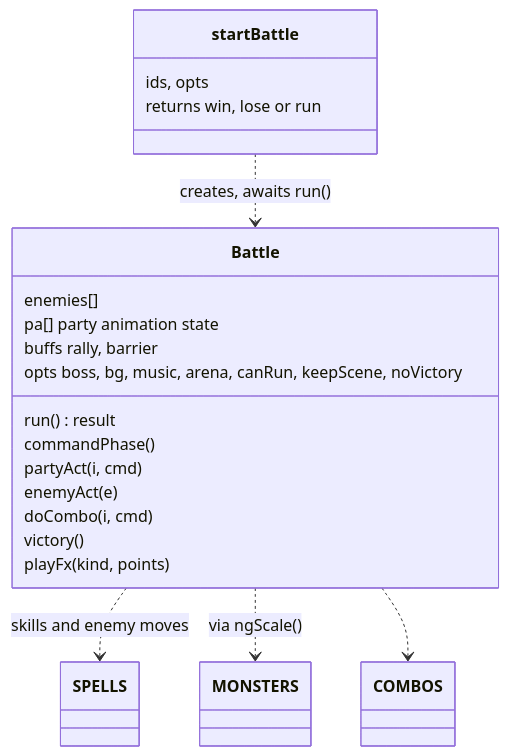
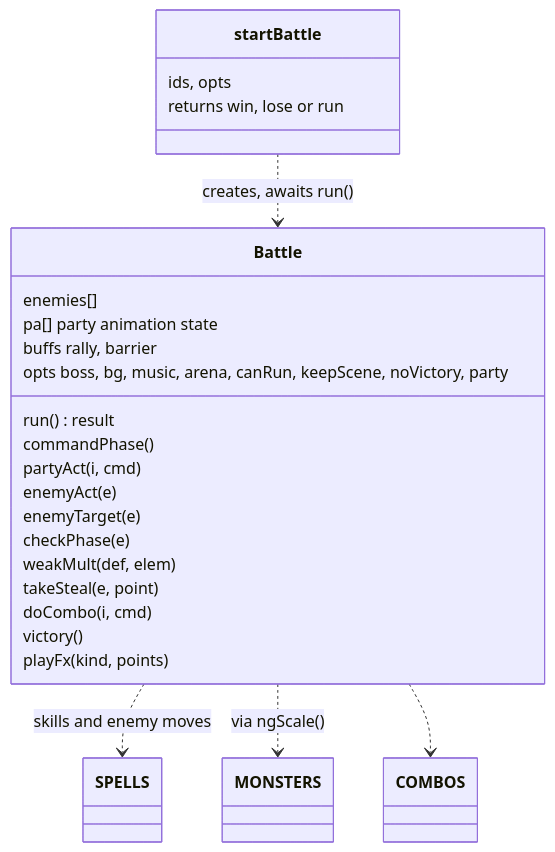
Before and after one commit to CptNope/Laternfall: the tenth of 14 diagrams in docs/ARCHITECTURE.md, drawn with Mermaid. The commit also changed other lines of this file and 19 other files, not shown here.

````diff
--- a/docs/ARCHITECTURE.md
+++ b/docs/ARCHITECTURE.md
@@ -362,24 +362,28 @@
 ```mermaid
 classDiagram
     class Battle {
       enemies[]
       pa[] party animation state
       buffs rally, barrier
-      opts boss, bg, music, arena, canRun, keepScene, noVictory
+      opts boss, bg, music, arena, canRun, keepScene, noVictory, party
       run() result
       commandPhase()
       partyAct(i, cmd)
       enemyAct(e)
+      enemyTarget(e)
+      checkPhase(e)
+      weakMult(def, elem)
+      takeSteal(e, point)
       doCombo(i, cmd)
       victory()
       playFx(kind, points)
     }
     class startBattle {
       ids, opts
       returns win, lose or run
     }
     startBattle ..> Battle : creates, awaits run()
     Battle ..> SPELLS : skills and enemy moves
     Battle ..> MONSTERS : via ngScale()
     Battle ..> COMBOS
 ```
````
